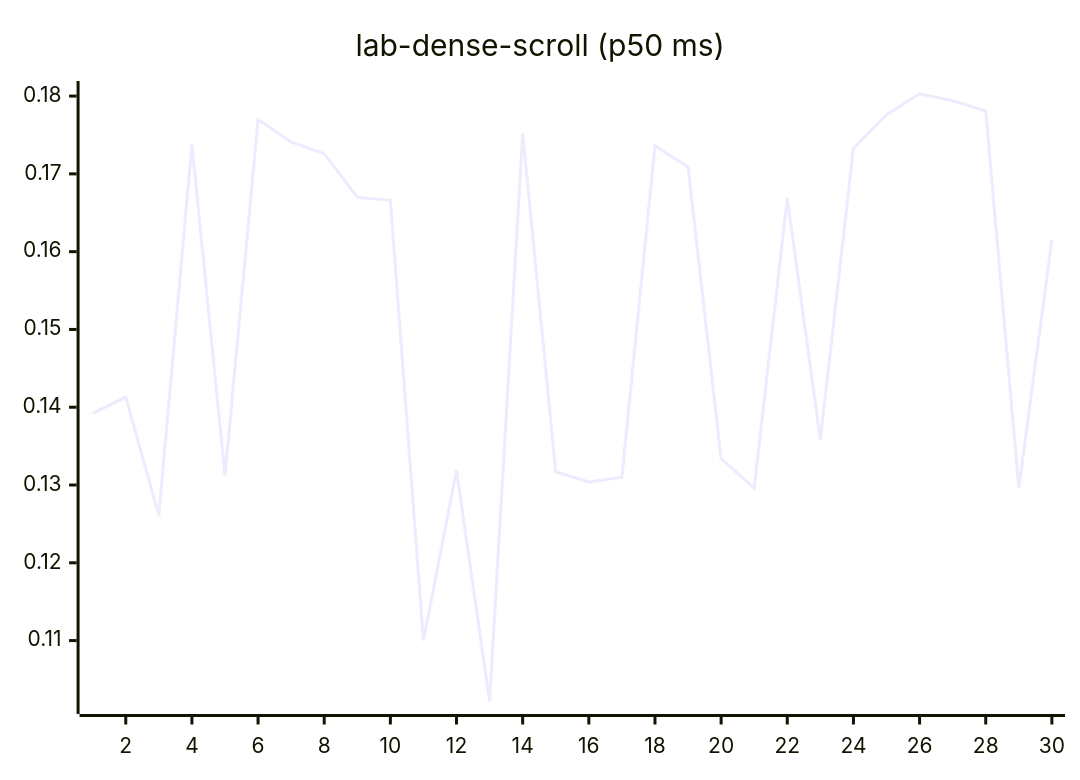
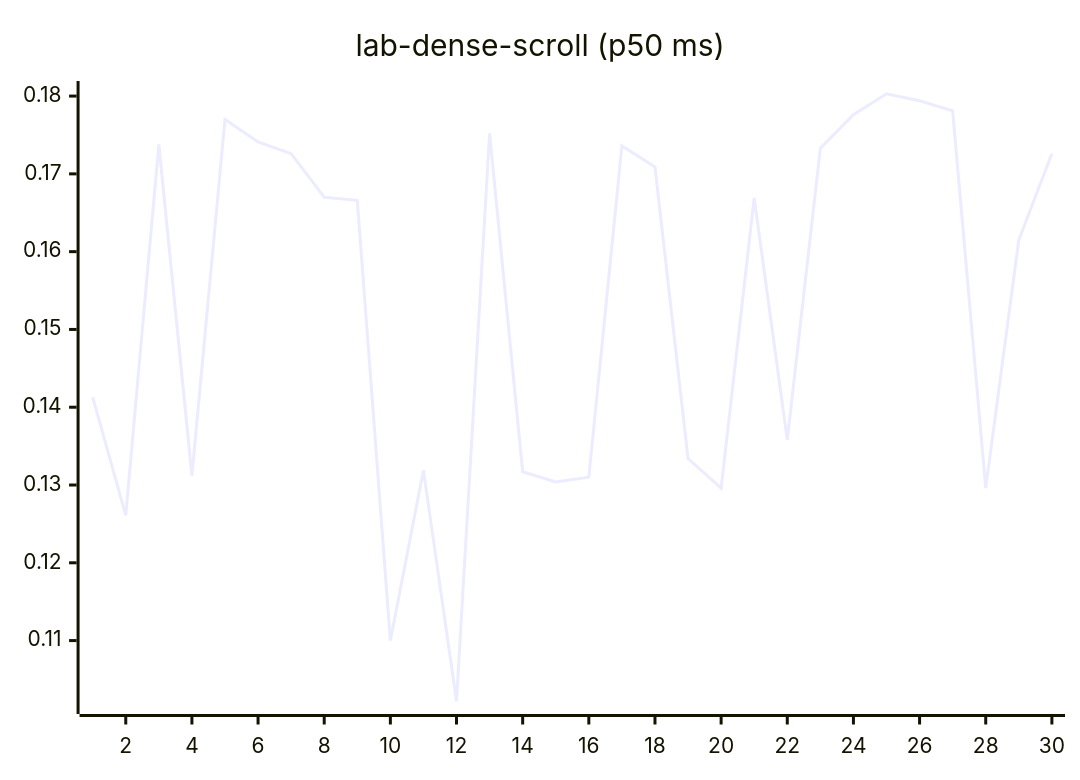
Before and after one commit to josha/Facet: diagram 12 of 27 in README.md, drawn with Mermaid. The commit also changed other lines of this file and 2 other files, not shown here.

````diff
--- a/README.md
+++ b/README.md
@@ -140,6 +140,6 @@
 ```mermaid
 xychart-beta
     title "lab-dense-scroll (p50 ms)"
     x-axis 1 --> 30
-    line [0.1392, 0.1413, 0.1261, 0.1738, 0.1312, 0.1770, 0.1741, 0.1726, 0.1670, 0.1666, 0.1100, 0.1319, 0.1022, 0.1752, 0.1317, 0.1304, 0.1310, 0.1736, 0.1709, 0.1334, 0.1296, 0.1669, 0.1358, 0.1733, 0.1776, 0.1803, 0.1794, 0.1781, 0.1296, 0.1615]
+    line [0.1413, 0.1261, 0.1738, 0.1312, 0.1770, 0.1741, 0.1726, 0.1670, 0.1666, 0.1100, 0.1319, 0.1022, 0.1752, 0.1317, 0.1304, 0.1310, 0.1736, 0.1709, 0.1334, 0.1296, 0.1669, 0.1358, 0.1733, 0.1776, 0.1803, 0.1794, 0.1781, 0.1296, 0.1615, 0.1726]
 ```
````
